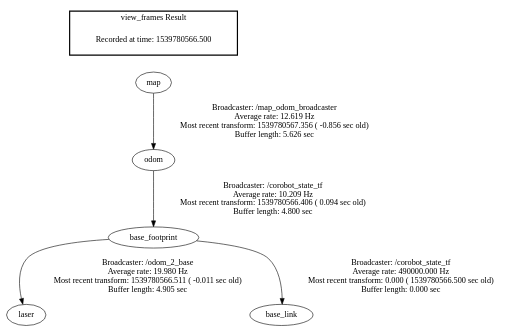
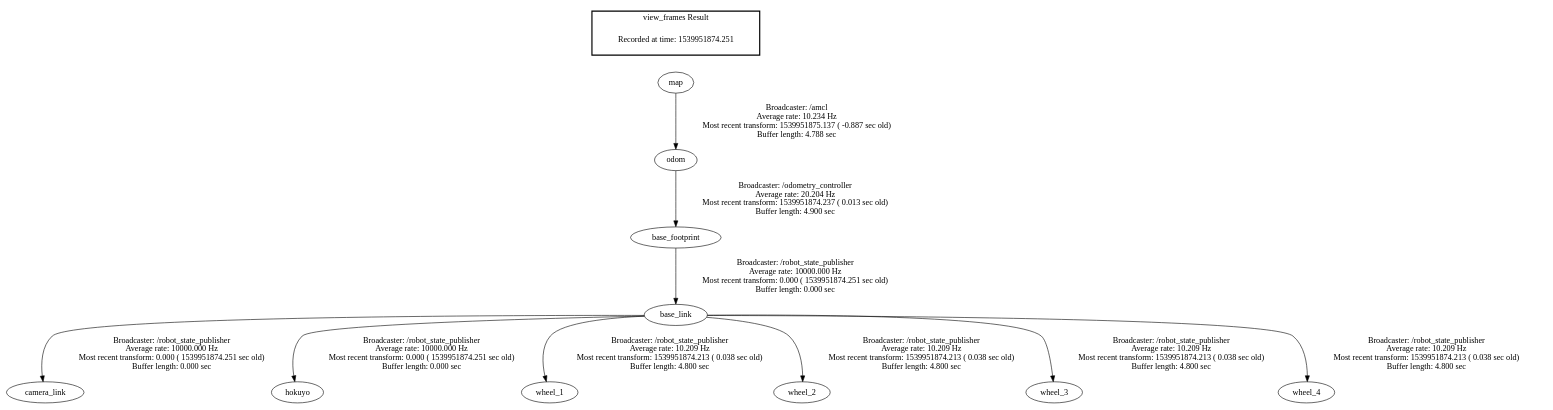
The diagram in frames.gv (nananan/Automate-WiFi-Mapping-Using-Robot), drawn with Graphviz before and after one commit. The commit also changed 13 other files, not shown here.

```diff
--- a/frames.gv
+++ b/frames.gv
@@ -1,10 +1,15 @@
 digraph G {
-"base_footprint" -> "laser"[label="Broadcaster: /odom_2_base\nAverage rate: 19.980 Hz\nMost recent transform: 1539780566.511 ( -0.011 sec old)\nBuffer length: 4.905 sec\n"];
-"odom" -> "base_footprint"[label="Broadcaster: /corobot_state_tf\nAverage rate: 10.209 Hz\nMost recent transform: 1539780566.406 ( 0.094 sec old)\nBuffer length: 4.800 sec\n"];
-"base_footprint" -> "base_link"[label="Broadcaster: /corobot_state_tf\nAverage rate: 490000.000 Hz\nMost recent transform: 0.000 ( 1539780566.500 sec old)\nBuffer length: 0.000 sec\n"];
-"map" -> "odom"[label="Broadcaster: /map_odom_broadcaster\nAverage rate: 12.619 Hz\nMost recent transform: 1539780567.356 ( -0.856 sec old)\nBuffer length: 5.626 sec\n"];
+"base_footprint" -> "base_link"[label="Broadcaster: /robot_state_publisher\nAverage rate: 10000.000 Hz\nMost recent transform: 0.000 ( 1539951874.251 sec old)\nBuffer length: 0.000 sec\n"];
+"odom" -> "base_footprint"[label="Broadcaster: /odometry_controller\nAverage rate: 20.204 Hz\nMost recent transform: 1539951874.237 ( 0.013 sec old)\nBuffer length: 4.900 sec\n"];
+"base_link" -> "camera_link"[label="Broadcaster: /robot_state_publisher\nAverage rate: 10000.000 Hz\nMost recent transform: 0.000 ( 1539951874.251 sec old)\nBuffer length: 0.000 sec\n"];
+"base_link" -> "hokuyo"[label="Broadcaster: /robot_state_publisher\nAverage rate: 10000.000 Hz\nMost recent transform: 0.000 ( 1539951874.251 sec old)\nBuffer length: 0.000 sec\n"];
+"map" -> "odom"[label="Broadcaster: /amcl\nAverage rate: 10.234 Hz\nMost recent transform: 1539951875.137 ( -0.887 sec old)\nBuffer length: 4.788 sec\n"];
+"base_link" -> "wheel_1"[label="Broadcaster: /robot_state_publisher\nAverage rate: 10.209 Hz\nMost recent transform: 1539951874.213 ( 0.038 sec old)\nBuffer length: 4.800 sec\n"];
+"base_link" -> "wheel_2"[label="Broadcaster: /robot_state_publisher\nAverage rate: 10.209 Hz\nMost recent transform: 1539951874.213 ( 0.038 sec old)\nBuffer length: 4.800 sec\n"];
+"base_link" -> "wheel_3"[label="Broadcaster: /robot_state_publisher\nAverage rate: 10.209 Hz\nMost recent transform: 1539951874.213 ( 0.038 sec old)\nBuffer length: 4.800 sec\n"];
+"base_link" -> "wheel_4"[label="Broadcaster: /robot_state_publisher\nAverage rate: 10.209 Hz\nMost recent transform: 1539951874.213 ( 0.038 sec old)\nBuffer length: 4.800 sec\n"];
 edge [style=invis];
  subgraph cluster_legend { style=bold; color=black; label ="view_frames Result";
-"Recorded at time: 1539780566.500"[ shape=plaintext ] ;
+"Recorded at time: 1539951874.251"[ shape=plaintext ] ;
  }->"map";
 }
```
